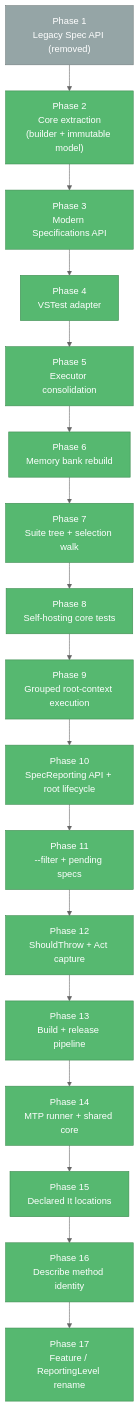
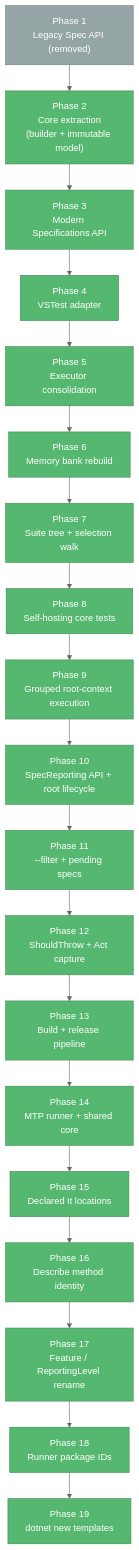
One commit to yozepi/Specs changed the diagram in memory-bank/progress.md. Above: the diagram before and after it, drawn with Mermaid. The commit also changed other lines of this file and 33 other files, not shown here.

First line of the commit message:
Rename Describe API and add templates package (#5)

````diff
--- a/memory-bank/progress.md
+++ b/memory-bank/progress.md
@@ -116,27 +117,29 @@
 ```mermaid
 %%{init: {'theme': 'neutral', 'flowchart': {'nodeSpacing': 30, 'rankSpacing': 45, 'wrappingWidth': 160}}}%%
 flowchart TD
     P1["Phase 1<br/>Legacy Spec API (removed)"]:::deprecated
     P2["Phase 2<br/>Core extraction<br/>(builder + immutable model)"]:::app
     P3["Phase 3<br/>Modern Specifications API"]:::app
     P4["Phase 4<br/>VSTest adapter"]:::app
     P5["Phase 5<br/>Executor consolidation"]:::app
     P6["Phase 6<br/>Memory bank rebuild"]:::app
     P7["Phase 7<br/>Suite tree + selection walk"]:::app
     P8["Phase 8<br/>Self-hosting core tests"]:::app
     P9["Phase 9<br/>Grouped root-context execution"]:::app
     P10["Phase 10<br/>SpecReporting API + root lifecycle"]:::app
     P11["Phase 11<br/>--filter + pending specs"]:::app
     P12["Phase 12<br/>ShouldThrow + Act capture"]:::app
     P13["Phase 13<br/>Build + release pipeline"]:::app
     P14["Phase 14<br/>MTP runner + shared core"]:::app
     P15["Phase 15<br/>Declared It locations"]:::app
     P16["Phase 16<br/>Describe method identity"]:::app
     P17["Phase 17<br/>Feature / ReportingLevel rename"]:::app
+    P18["Phase 18<br/>Runner package IDs"]:::app
+    P19["Phase 19<br/>dotnet new templates"]:::app
 
     P1 --> P2 --> P3 --> P4
-    P4 --> P5 --> P6 --> P7 --> P8 --> P9 --> P10 --> P11 --> P12 --> P13 --> P14 --> P15 --> P16 --> P17
+    P4 --> P5 --> P6 --> P7 --> P8 --> P9 --> P10 --> P11 --> P12 --> P13 --> P14 --> P15 --> P16 --> P17 --> P18 --> P19
 
     classDef app fill:#56B870,stroke:#3D8B50,color:#fff
     classDef deprecated fill:#95A5A6,stroke:#707B7C,color:#fff
 ```
````
